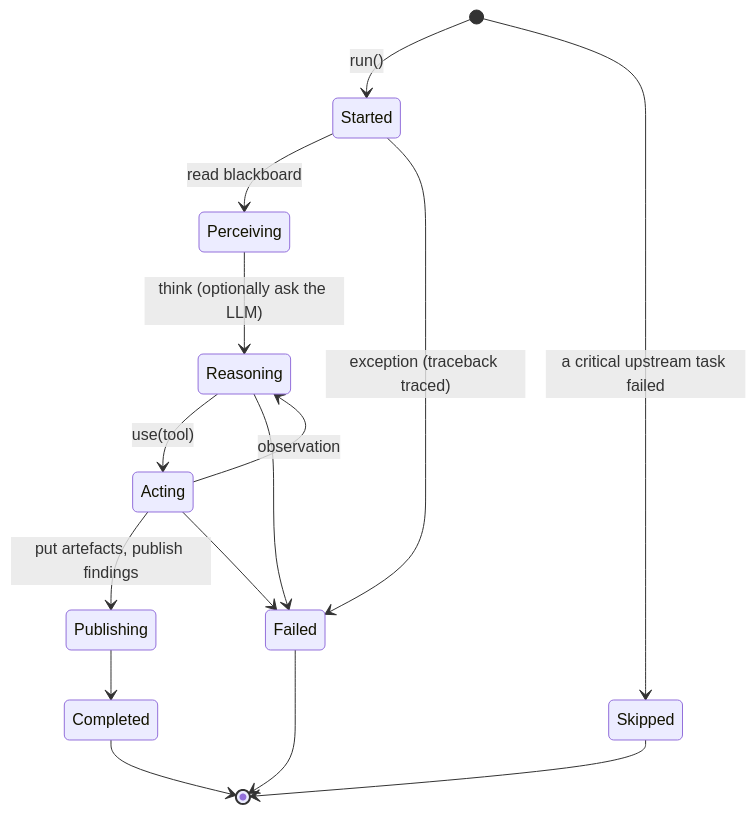
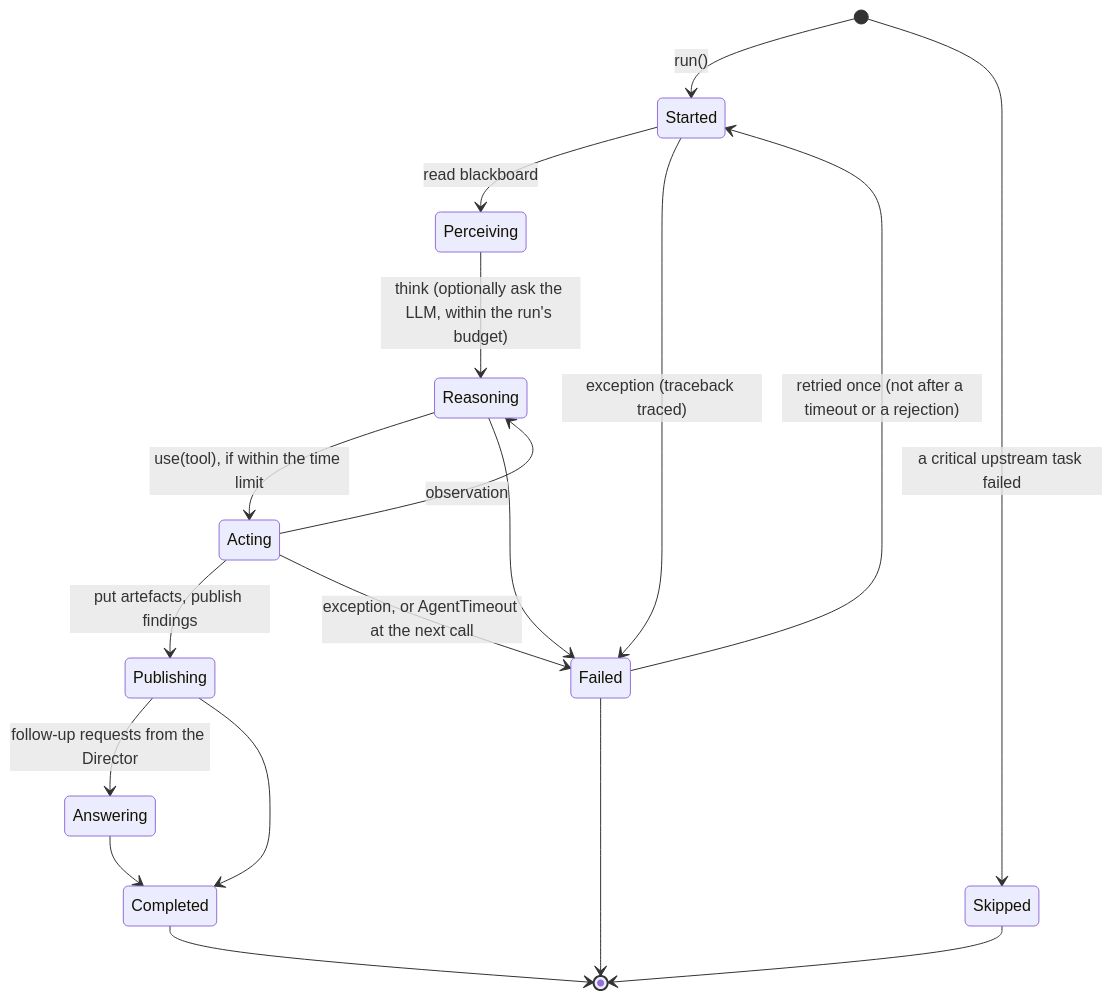
The sixth of 12 diagrams in docs/ARCHITECTURE.md (zidanarsyad/marketmind), drawn with Mermaid before and after one commit. The commit also changed other lines of this file and 29 other files, not shown here.

````diff
--- a/docs/ARCHITECTURE.md
+++ b/docs/ARCHITECTURE.md
@@ -301,17 +337,20 @@
 ```mermaid
 stateDiagram-v2
     [*] --> Started: run()
     Started --> Perceiving: read blackboard
-    Perceiving --> Reasoning: think (optionally ask the LLM)
-    Reasoning --> Acting: use(tool)
+    Perceiving --> Reasoning: think (optionally ask the LLM, within the run's budget)
+    Reasoning --> Acting: use(tool), if within the time limit
     Acting --> Reasoning: observation
     Acting --> Publishing: put artefacts, publish findings
+    Publishing --> Answering: follow-up requests from the Director
+    Answering --> Completed
     Publishing --> Completed
     Started --> Failed: exception (traceback traced)
     Reasoning --> Failed
-    Acting --> Failed
+    Acting --> Failed: exception, or AgentTimeout at the next call
+    Failed --> Started: retried once (not after a timeout or a rejection)
     [*] --> Skipped: a critical upstream task failed
     Completed --> [*]
     Failed --> [*]
     Skipped --> [*]
 ```
````
